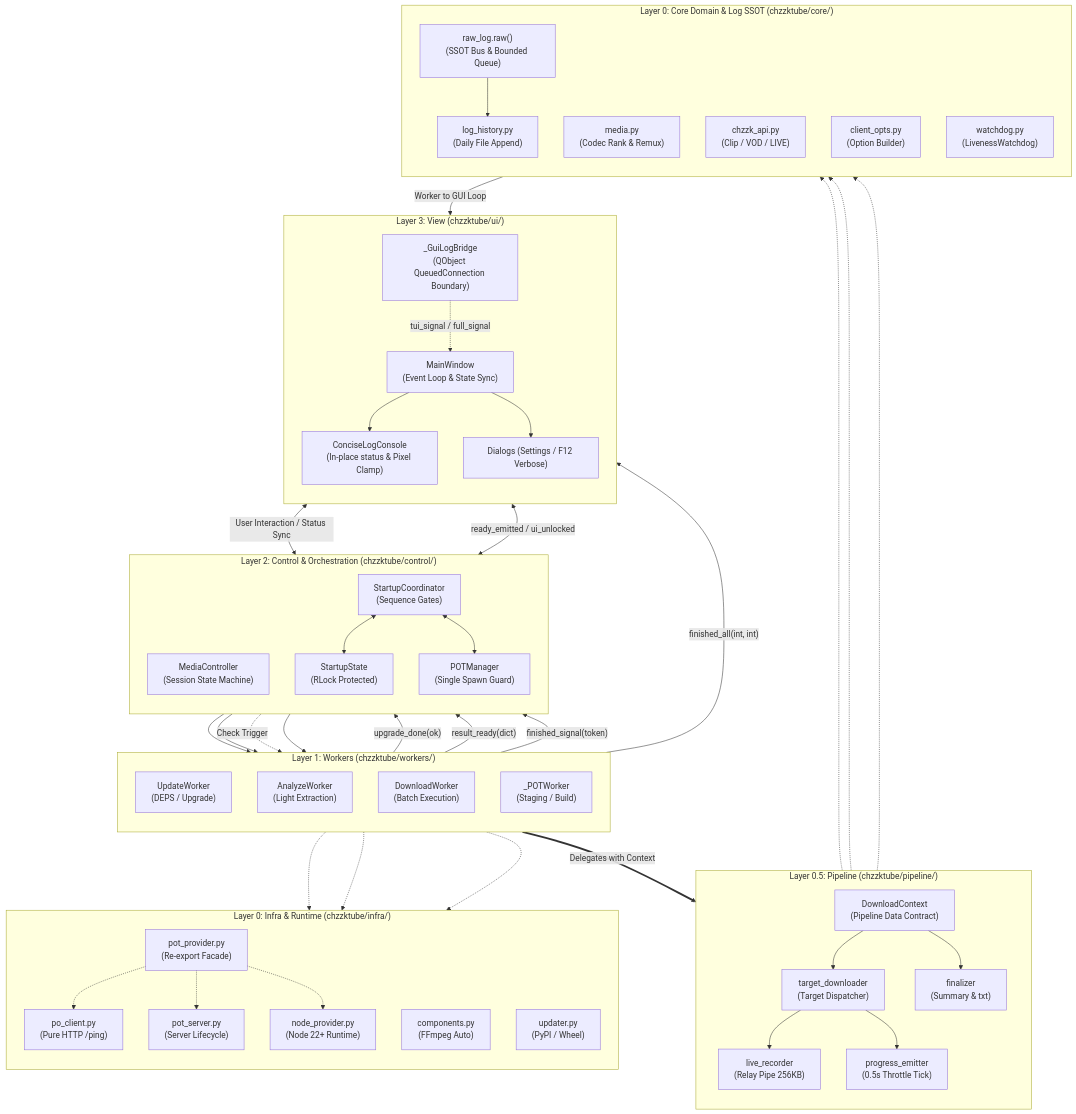
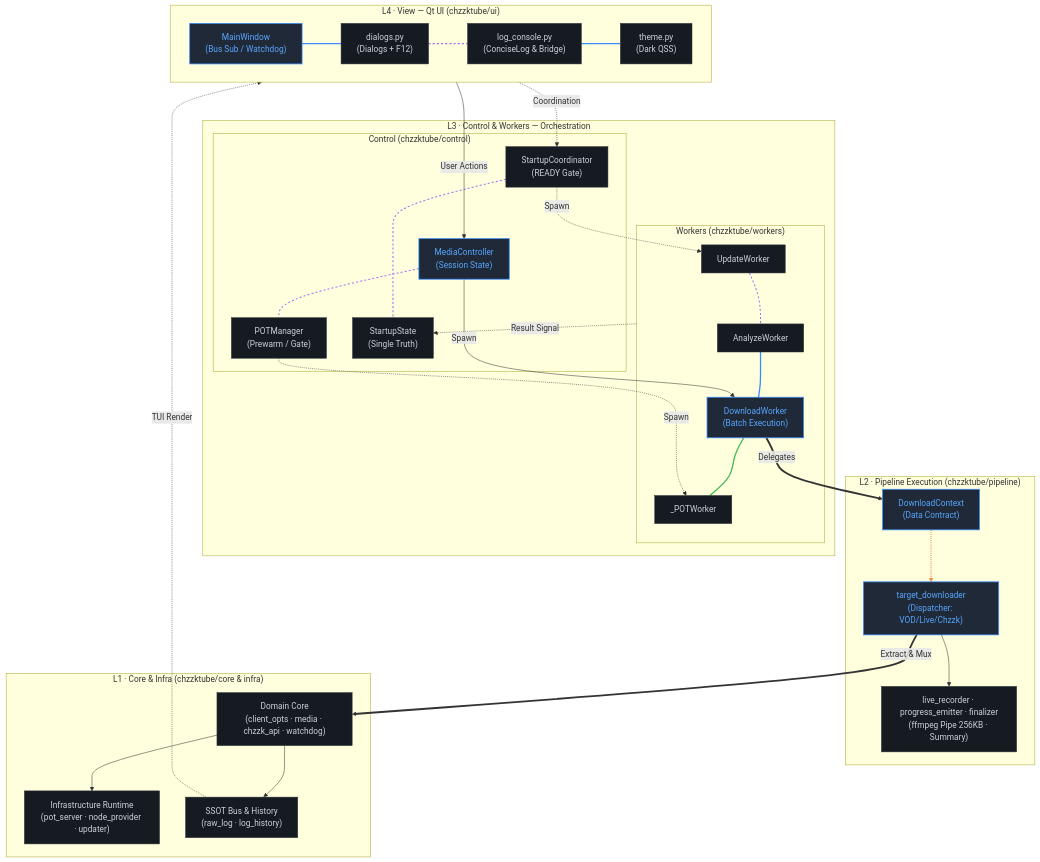
Before and after one commit to joyksan/ChzzkTube: the diagram in docs/test.md, drawn with Mermaid. The commit also changed 30 other files, not shown here.

````diff
--- a/docs/test.md
+++ b/docs/test.md
@@ -1,113 +1,100 @@
 ```mermaid
 flowchart TB
 %% ══════════════════════════════════════════════════════════════════
-%% ChzzkTube Architecture: GitHub Markdown Validated Vertical Stack
+%% ChzzkTube Architecture: High-Readability GitHub Dark Edition
 %% ══════════════════════════════════════════════════════════════════
 
-    subgraph L3 ["Layer 3: View (chzzktube/ui/)"]
-        direction TB
-        MW["MainWindow<br/>(Event Loop & State Sync)"]
-        LC["ConciseLogConsole<br/>(In-place status & Pixel Clamp)"]
-        DLG["Dialogs (Settings / F12 Verbose)"]
-        BRIDGE["_GuiLogBridge<br/>(QObject QueuedConnection Boundary)"]
-        
-        MW --> LC
-        MW --> DLG
-        BRIDGE -. "tui_signal / full_signal" .-> MW
+    %% [Tier 1: View Layer]
+    subgraph L4 ["L4 · View — Qt UI (chzzktube/ui)"]
+        direction LR
+        MW["MainWindow<br/>(Bus Sub / Watchdog)"]
+        DLG["dialogs.py<br/>(Dialogs + F12)"]
+        LOG["log_console.py<br/>(ConciseLog & Bridge)"]
+        THEME["theme.py<br/>(Dark QSS)"]
+
+        MW ~~~ DLG ~~~ LOG ~~~ THEME
     end
 
-    subgraph L2 ["Layer 2: Control & Orchestration (chzzktube/control/)"]
-        direction TB
-        CTRL["MediaController<br/>(Session State Machine)"]
-        COORD["StartupCoordinator<br/>(Sequence Gates)"]
-        STATE["StartupState<br/>(RLock Protected)"]
-        POTM["POTManager<br/>(Single Spawn Guard)"]
+    %% [Tier 2: Control & Workers Orchestration]
+    subgraph L3 ["L3 · Control & Workers — Orchestration"]
+        subgraph CTRL_GRP ["Control (chzzktube/control)"]
+            CTRL["MediaController<br/>(Session State)"]
+            POTM["POTManager<br/>(Prewarm / Gate)"]
+            COORD["StartupCoordinator<br/>(READY Gate)"]
+            STATE["StartupState<br/>(Single Truth)"]
 
-        COORD <--> STATE
-        COORD <--> POTM
+            CTRL --- POTM
+            COORD --- STATE
+        end
+
+        subgraph WORK_GRP ["Workers (chzzktube/workers)"]
+            W_UPD["UpdateWorker"]
+            W_ANA["AnalyzeWorker"]
+            W_DL["DownloadWorker<br/>(Batch Execution)"]
+            W_POT["_POTWorker"]
+
+            W_UPD ~~~ W_ANA ~~~ W_DL ~~~ W_POT
+        end
     end
 
-    subgraph L1 ["Layer 1: Workers (chzzktube/workers/)"]
-        direction TB
-        W_UPD["UpdateWorker<br/>(DEPS / Upgrade)"]
-        W_ANA["AnalyzeWorker<br/>(Light Extraction)"]
-        W_DL["DownloadWorker<br/>(Batch Execution)"]
-        W_POT["_POTWorker<br/>(Staging / Build)"]
+    %% [Tier 3 Left: Pipeline Execution]
+    subgraph L2 ["L2 · Pipeline Execution (chzzktube/pipeline)"]
+        CTX["DownloadContext<br/>(Data Contract)"]
+        TDL["target_downloader<br/>(Dispatcher: VOD/Live/Chzzk)"]
+        PIPE_MODS["live_recorder · progress_emitter · finalizer<br/>(ffmpeg Pipe 256KB · Summary)"]
+
+        CTX --> TDL --> PIPE_MODS
     end
 
-    subgraph L05 ["Layer 0.5: Pipeline (chzzktube/pipeline/)"]
-        direction TB
-        CTX["DownloadContext<br/>(Pipeline Data Contract)"]
-        TDL["target_downloader<br/>(Target Dispatcher)"]
-        LREC["live_recorder<br/>(Relay Pipe 256KB)"]
-        PEMIT["progress_emitter<br/>(0.5s Throttle Tick)"]
-        FIN["finalizer<br/>(Summary & txt)"]
+    %% [Tier 3 Right: Core Domain & Infra]
+    subgraph L1 ["L1 · Core & Infra (chzzktube/core & infra)"]
+        CORE_MODS["Domain Core<br/>(client_opts · media · chzzk_api · watchdog)"]
+        INFRA_MODS["Infrastructure Runtime<br/>(pot_server · node_provider · updater)"]
+        LOG_BUS["SSOT Bus & History<br/>(raw_log · log_history)"]
 
-        CTX --> TDL
-        TDL --> LREC
-        TDL --> PEMIT
-        CTX --> FIN
-    end
-
-    subgraph L0_CORE ["Layer 0: Core Domain & Log SSOT (chzzktube/core/)"]
-        direction TB
-        RLOG["raw_log.raw()<br/>(SSOT Bus & Bounded Queue)"]
-        HIST["log_history.py<br/>(Daily File Append)"]
-        MEDIA["media.py<br/>(Codec Rank & Remux)"]
-        CHZZK["chzzk_api.py<br/>(Clip / VOD / LIVE)"]
-        OPTS["client_opts.py<br/>(Option Builder)"]
-        WDOG["watchdog.py<br/>(LivenessWatchdog)"]
-
-        RLOG --> HIST
-    end
-
-    subgraph L0_INFRA ["Layer 0: Infra & Runtime (chzzktube/infra/)"]
-        direction TB
-        FACADE["pot_provider.py<br/>(Re-export Facade)"]
-        POC["po_client.py<br/>(Pure HTTP /ping)"]
-        POTS["pot_server.py<br/>(Server Lifecycle)"]
-        NODE["node_provider.py<br/>(Node 22+ Runtime)"]
-        COMP["components.py<br/>(FFmpeg Auto)"]
-        UPDR["updater.py<br/>(PyPI / Wheel)"]
-
-        FACADE -.-> POC
-        FACADE -.-> POTS
-        FACADE -.-> NODE
+        CORE_MODS --> INFRA_MODS
+        CORE_MODS --> LOG_BUS
     end
 
 %% ══════════════════════════════════════════════════════════════════
-%% Inter-Layer Structural Flow (Vertical Backbone)
+%% Inter-Layer Flow (의미별 연결 관계)
 %% ══════════════════════════════════════════════════════════════════
+    %% 0: Main User Action
+    MW --> |"User Actions"| CTRL
+    %% 1: Startup Sync
+    MW -.-> |"Coordination"| COORD
+    %% 2: Download Spawn
+    CTRL --> |"Spawn"| W_DL
+    %% 3: Update Spawn
+    COORD -.-> |"Spawn"| W_UPD
+    %% 4: POT Spawn
+    POTM -.-> |"Spawn"| W_POT
+    %% 5: Worker State Feedback
+    WORK_GRP -.-> |"Result Signal"| STATE
+    %% 6: Execution Delegation
+    W_DL ==> |"Delegates"| CTX
+    %% 7: Core Extraction
+    TDL ==> |"Extract & Mux"| CORE_MODS
+    %% 8: Log Feedback to Console
+    LOG_BUS -.-> |"TUI Render"| LOG
 
-    %% L3 <-> L2 Control Link (교정: 파이프 라벨 구문 적용)
-    MW <--> |"User Interaction / Status Sync"| CTRL
-    MW <--> |"ready_emitted / ui_unlocked"| COORD
+%% ══════════════════════════════════════════════════════════════════
+%% GitHub Dark Color Styling (연결선 종류별 디자인 차별화)
+%% ══════════════════════════════════════════════════════════════════
+    %% 1. 메인 실행 흐름 (GitHub Blue 실선 / 굵은 선)
+    linkStyle 0,2,6 stroke:#388bfd,stroke-width:2.5px;
 
-    %% L2 -> L1 Lifecycle Spawning
-    CTRL --> W_DL
-    CTRL --> W_ANA
-    COORD -. "Check Trigger" .-> W_UPD
-    POTM --> W_POT
+    %% 2. 수명주기 / 스폰 / 제어 신호 (Purple 점선)
+    linkStyle 1,3,4,5 stroke:#a371f7,stroke-width:2px,stroke-dasharray:4 4;
 
-    %% L1 -> L2 Signals
-    W_UPD -- "upgrade_done(ok)" --> COORD
-    W_ANA -- "result_ready(dict)" --> CTRL
-    W_DL -- "finished_all(int, int)" --> MW
-    W_POT -- "finished_signal(token)" --> POTM
+    %% 3. 데이터 및 파이프라인 추출 (Emerald Green 실선)
+    linkStyle 7 stroke:#3fb950,stroke-width:2.5px;
 
-    %% L1 -> L0.5 Delegation (교정: 표준 두꺼운 링크 텍스트 구문)
-    W_DL == "Delegates with Context" ==> CTX
+    %% 4. 로깅 / 관측성 피드백 (Amber Dotted 점선)
+    linkStyle 8 stroke:#f0883e,stroke-width:2px,stroke-dasharray:2 2;
 
-    %% L0.5 -> L0 Core Integration
-    TDL -.-> OPTS
-    TDL -.-> MEDIA
-    TDL -.-> CHZZK
-
-    %% L1 -> L0 Infra Provisioning
-    W_UPD -.-> UPDR
-    W_UPD -.-> COMP
-    W_POT -.-> POTS
-
-    %% Event Boundary back to View (Log Loop)
-    RLOG -- "Worker to GUI Loop" --> BRIDGE
+    %% 클래스 정의 (다크 모드 카드 룩앤필)
+    classDef default fill:#161b22,stroke:#30363d,stroke-width:1px,color:#c9d1d9;
+    classDef primaryNode fill:#1f2937,stroke:#388bfd,stroke-width:1.5px,color:#58a6ff;
+    class MW,CTRL,W_DL,TDL,CTX primaryNode;
 ```
````
